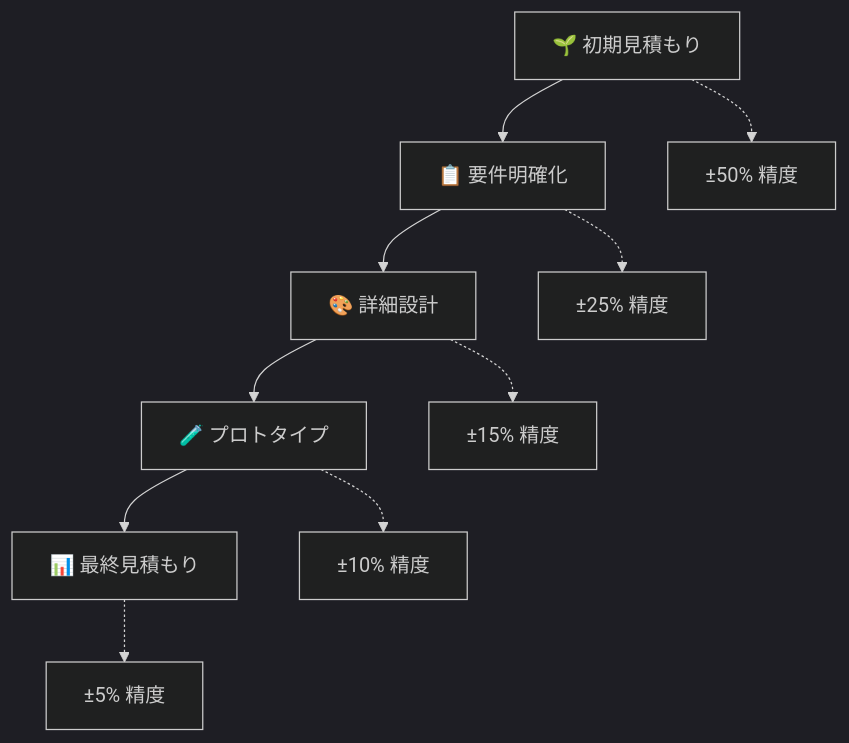
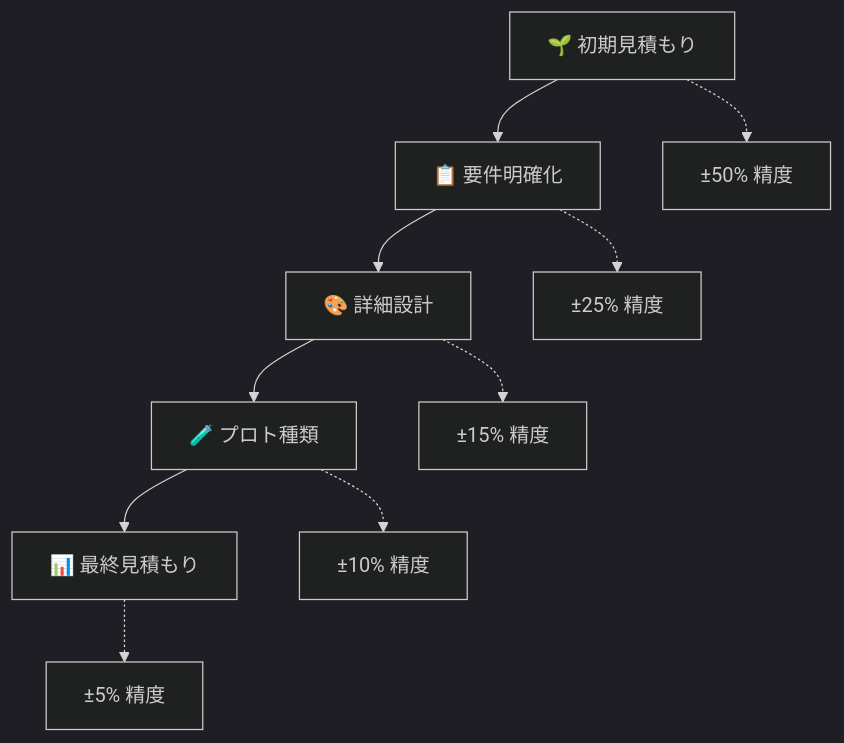
One commit to iijima-naoya-45b/starLightDemo changed the diagram in src/content/docs/組織論ガイド/20_工数試算/01_工数試算の方法.mdx. Above: the diagram before and after it, drawn with Mermaid (dark theme). The commit also changed other lines of this file and 230 other files, not shown here.

````diff
--- a/src/content/docs/組織論ガイド/20_工数試算/01_工数試算の方法.mdx
+++ b/src/content/docs/組織論ガイド/20_工数試算/01_工数試算の方法.mdx
@@ -617,13 +617,13 @@
 ```mermaid
 graph TD
     A[🌱 初期見積もり] --> B[📋 要件明確化]
     B --> C[🎨 詳細設計]
-    C --> D[🧪 プロトタイプ]
+    C --> D[🧪 プロト種類]
     D --> E[📊 最終見積もり]
     
     A -.-> F[±50% 精度]
     B -.-> G[±25% 精度]
     C -.-> H[±15% 精度]
     D -.-> I[±10% 精度]
     E -.-> J[±5% 精度]
 ```
````
